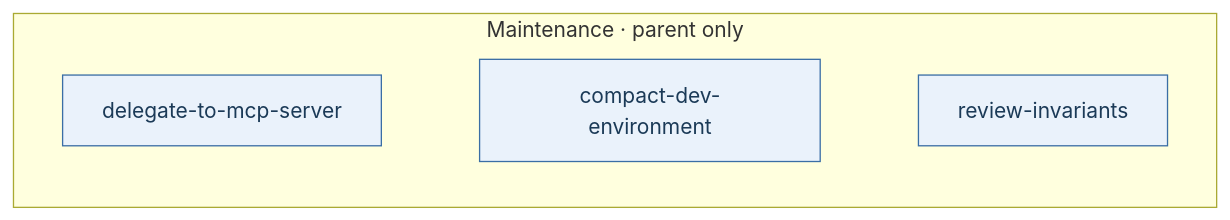
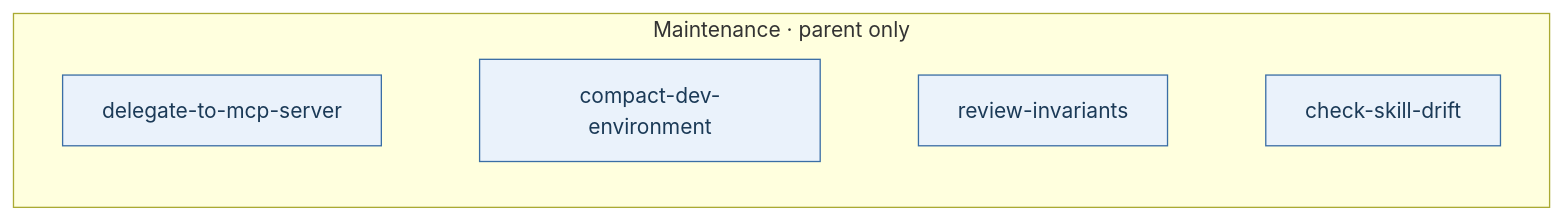
One commit to docktermj/senzing-bootcamp-claude-plugin-development changed the second of 4 diagrams in docs/FAMILY_WORKFLOW.md. Above: the diagram before and after it, drawn with Mermaid. The commit also changed other lines of this file and 3 other files, not shown here.

````diff
--- a/docs/FAMILY_WORKFLOW.md
+++ b/docs/FAMILY_WORKFLOW.md
@@ -110,9 +111,9 @@
 ```mermaid
 flowchart LR
     subgraph M["Maintenance · parent only"]
         direction LR
-        M1["delegate-to-mcp-server"] ~~~ M2["compact-dev-environment"] ~~~ M3["review-invariants"]
+        M1["delegate-to-mcp-server"] ~~~ M2["compact-dev-environment"] ~~~ M3["review-invariants"] ~~~ M4["check-skill-drift"]
     end
     classDef cmd fill:#eaf2fb,stroke:#3a6ea5,color:#1b3a57
-    class M1,M2,M3 cmd
+    class M1,M2,M3,M4 cmd
 ```
````
